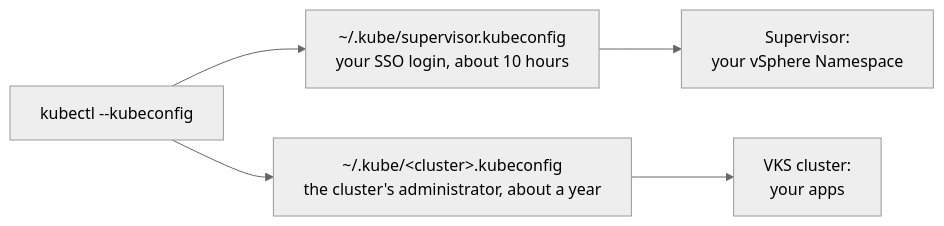
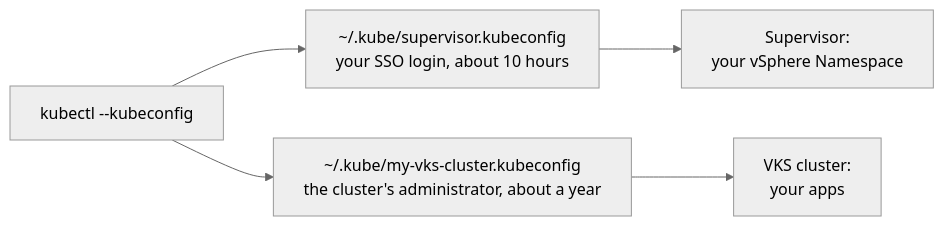
One commit to AndriyKalashnykov/vks-guides changed the third of 4 diagrams in docs/VCF.md. Above: the diagram before and after it, drawn with Mermaid (neutral theme). The commit also changed other lines of this file, not shown here.

Commit message:
docs: VCF.md diagrams: top-to-bottom overview, table order, example cluster file name

````diff
--- a/docs/VCF.md
+++ b/docs/VCF.md
@@ -329,8 +329,8 @@
 ```mermaid
 %%{init: {"flowchart": {"htmlLabels": false, "wrappingWidth": 600}}}%%
 flowchart LR
   k["kubectl --kubeconfig"] --> sk["~/.kube/supervisor.kubeconfig<br/>your SSO login, about 10 hours"]
-  k --> ck["~/.kube/&lt;cluster&gt;.kubeconfig<br/>the cluster's administrator, about a year"]
+  k --> ck["~/.kube/my-vks-cluster.kubeconfig<br/>the cluster's administrator, about a year"]
   sk --> S["Supervisor:<br/>your vSphere Namespace"]
   ck --> C["VKS cluster:<br/>your apps"]
 ```
````
